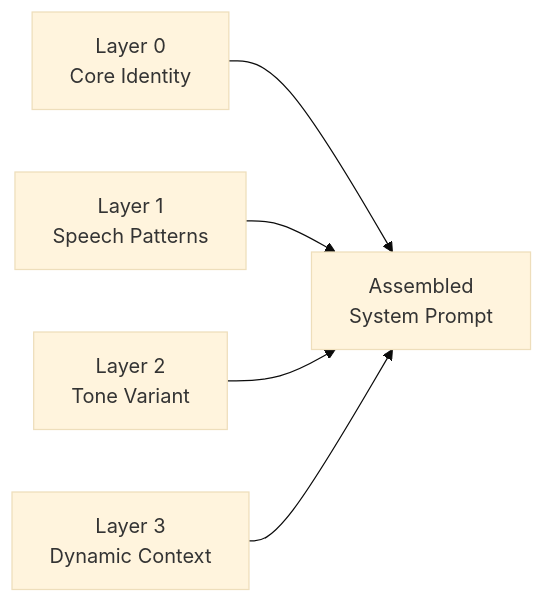
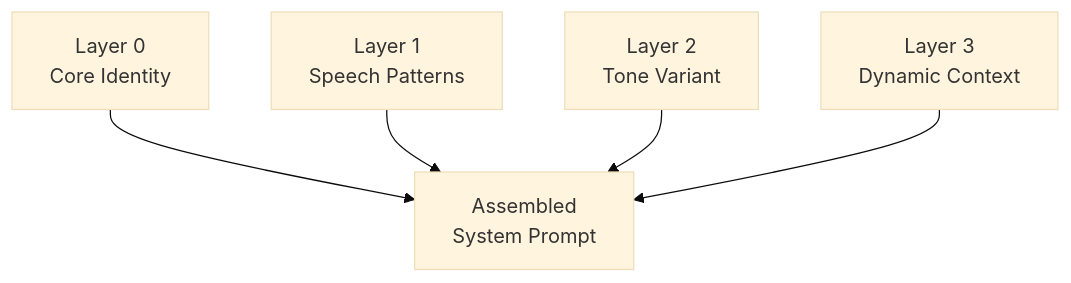
Before and after one commit to AlaskanTuna/rokabot: the fourth of 6 diagrams in README.md, drawn with Mermaid (base theme). The commit also changed other lines of this file, not shown here.

````diff
--- a/README.md
+++ b/README.md
@@ -111,8 +111,8 @@
 ```mermaid
-flowchart LR
+flowchart TD
     L0["Layer 0\nCore Identity"] --> Combine
     L1["Layer 1\nSpeech Patterns"] --> Combine
     L2["Layer 2\nTone Variant"] --> Combine
     L3["Layer 3\nDynamic Context"] --> Combine
     Combine["Assembled\nSystem Prompt"]
 ```
````
